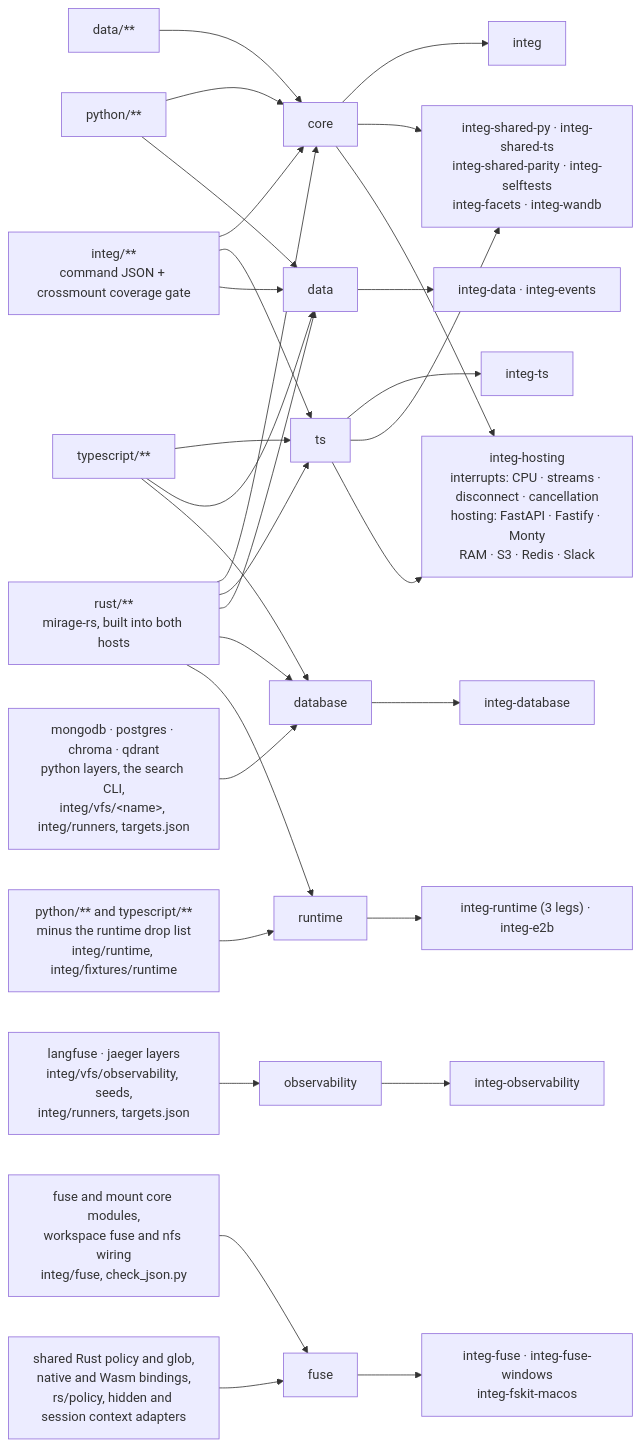
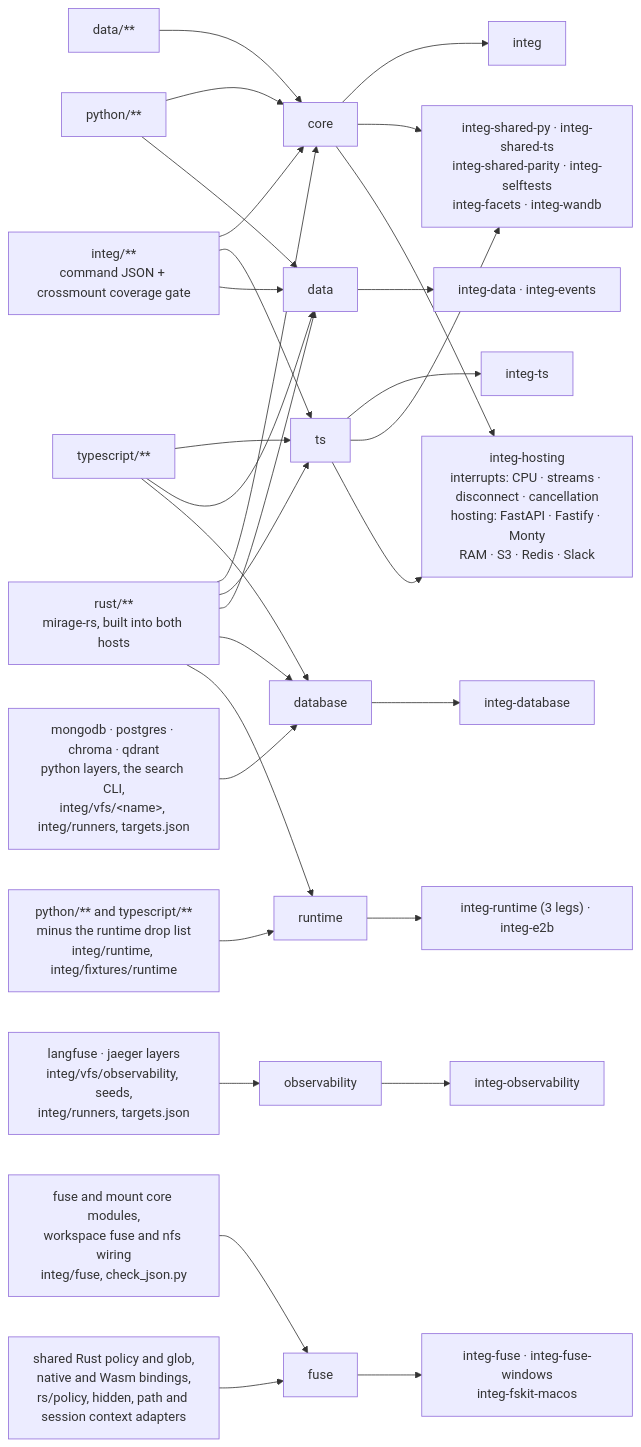
One commit to strukto-ai/mirage changed the diagram in integ/README.md. Above: the diagram before and after it, drawn with Mermaid. The commit also changed 20 other files, not shown here.

````diff
--- a/integ/README.md
+++ b/integ/README.md
@@ -236,22 +236,22 @@
 ```mermaid
 flowchart LR
     PY["python/**"] --> core & data
     TSX["typescript/**"] --> ts & data & database
     IN["integ/**<br/>command JSON + crossmount coverage gate"] --> core & ts & data
     D["data/**"] --> core
     RS["rust/**<br/>mirage-rs, built into both hosts"] --> core & ts & data & database & runtime
     DB["mongodb · postgres · chroma · qdrant<br/>python layers, the search CLI,<br/>integ/vfs/&lt;name&gt;, integ/runners, targets.json"] --> database
     OB["langfuse · jaeger layers<br/>integ/vfs/observability, seeds,<br/>integ/runners, targets.json"] --> observability
     FS["fuse and mount core modules,<br/>workspace fuse and nfs wiring<br/>integ/fuse, check_json.py"] --> fuse
-    FP["shared Rust policy and glob,<br/>native and Wasm bindings,<br/>rs/policy, hidden and session context adapters"] --> fuse
+    FP["shared Rust policy and glob,<br/>native and Wasm bindings,<br/>rs/policy, hidden, path and session context adapters"] --> fuse
     RT["python/** and typescript/**<br/>minus the runtime drop list<br/>integ/runtime, integ/fixtures/runtime"] --> runtime
     core --> J1["integ"]
     ts --> J2["integ-ts"]
     core & ts --> J3["integ-shared-py · integ-shared-ts<br/>integ-shared-parity · integ-selftests<br/>integ-facets · integ-wandb"]
     core & ts --> HOST["integ-hosting<br/>interrupts: CPU · streams · disconnect · cancellation<br/>hosting: FastAPI · Fastify · Monty<br/>RAM · S3 · Redis · Slack"]
     data --> J4["integ-data · integ-events"]
     database --> J5["integ-database"]
     observability --> J6["integ-observability"]
     fuse --> J7["integ-fuse · integ-fuse-windows<br/>integ-fskit-macos"]
     runtime --> J8["integ-runtime (3 legs) · integ-e2b"]
 ```
````
